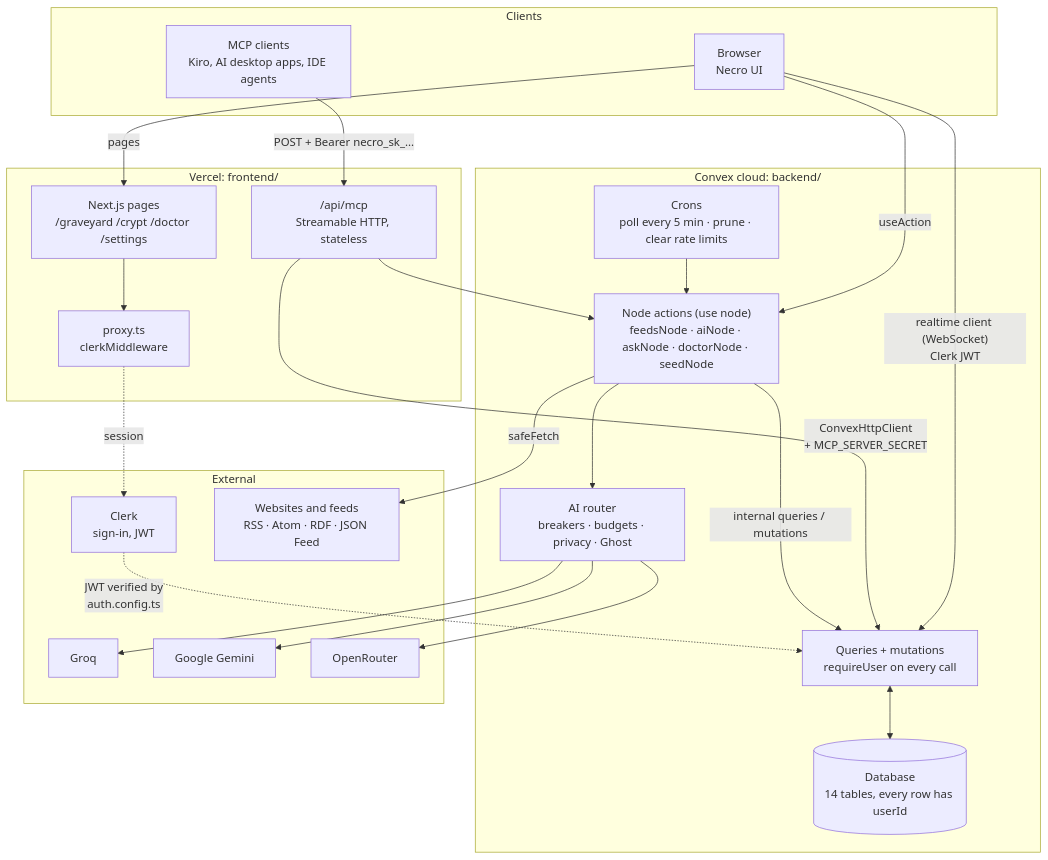
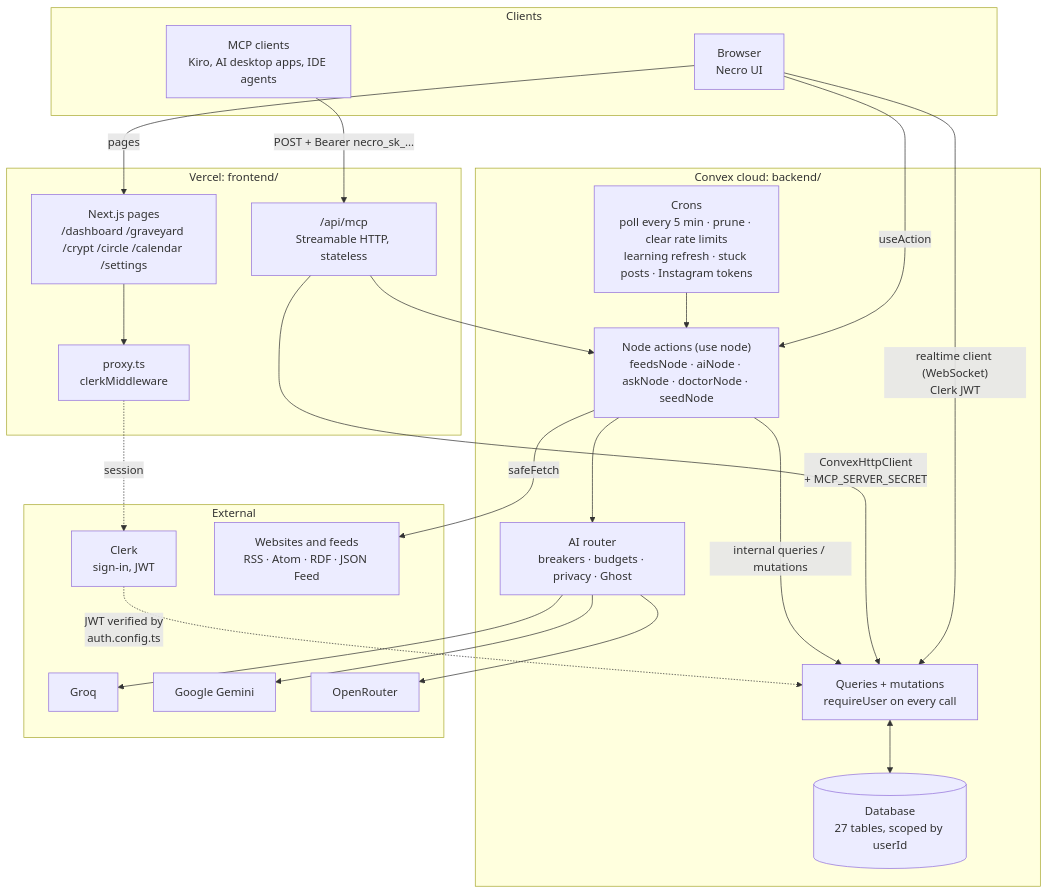
Before and after one commit to mawlid1431/Necro_Kiro_ween_Hackathon: the first of 12 diagrams in README.md, drawn with Mermaid. The commit also changed other lines of this file and 51 other files, not shown here.

````diff
--- a/README.md
+++ b/README.md
@@ -117,45 +132,45 @@
 ```mermaid
 flowchart TB
   subgraph Clients
     B["Browser<br/>Necro UI"]
     M["MCP clients<br/>Kiro, AI desktop apps, IDE agents"]
   end
 
   subgraph Vercel["Vercel: frontend/"]
-    P["Next.js pages<br/>/graveyard /crypt /doctor /settings"]
+    P["Next.js pages<br/>/dashboard /graveyard /crypt /circle /calendar /settings"]
     PX["proxy.ts<br/>clerkMiddleware"]
     MR["/api/mcp<br/>Streamable HTTP, stateless"]
   end
 
   subgraph Convex["Convex cloud: backend/"]
     Q["Queries + mutations<br/>requireUser on every call"]
     A["Node actions (use node)<br/>feedsNode · aiNode · askNode · doctorNode · seedNode"]
-    CR["Crons<br/>poll every 5 min · prune · clear rate limits"]
+    CR["Crons<br/>poll every 5 min · prune · clear rate limits<br/>learning refresh · stuck posts · Instagram tokens"]
     R["AI router<br/>breakers · budgets · privacy · Ghost"]
-    DB[("Database<br/>14 tables, every row has userId")]
+    DB[("Database<br/>27 tables, scoped by userId")]
   end
 
   subgraph External
     CK["Clerk<br/>sign-in, JWT"]
     F["Websites and feeds<br/>RSS · Atom · RDF · JSON Feed"]
     G["Groq"]
     GM["Google Gemini"]
     OR["OpenRouter"]
   end
 
   B -->|"pages"| P
   P --> PX
   PX -.->|session| CK
   B -->|"realtime client (WebSocket)<br/>Clerk JWT"| Q
   B -->|"useAction"| A
   M -->|"POST + Bearer necro_sk_..."| MR
   MR -->|"ConvexHttpClient<br/>+ MCP_SERVER_SECRET"| Q
   MR --> A
   CK -.->|"JWT verified by<br/>auth.config.ts"| Q
   CR --> A
   A -->|"safeFetch"| F
   A --> R
   R --> G & GM & OR
   Q <--> DB
   A -->|"internal queries / mutations"| Q
 ```
````
